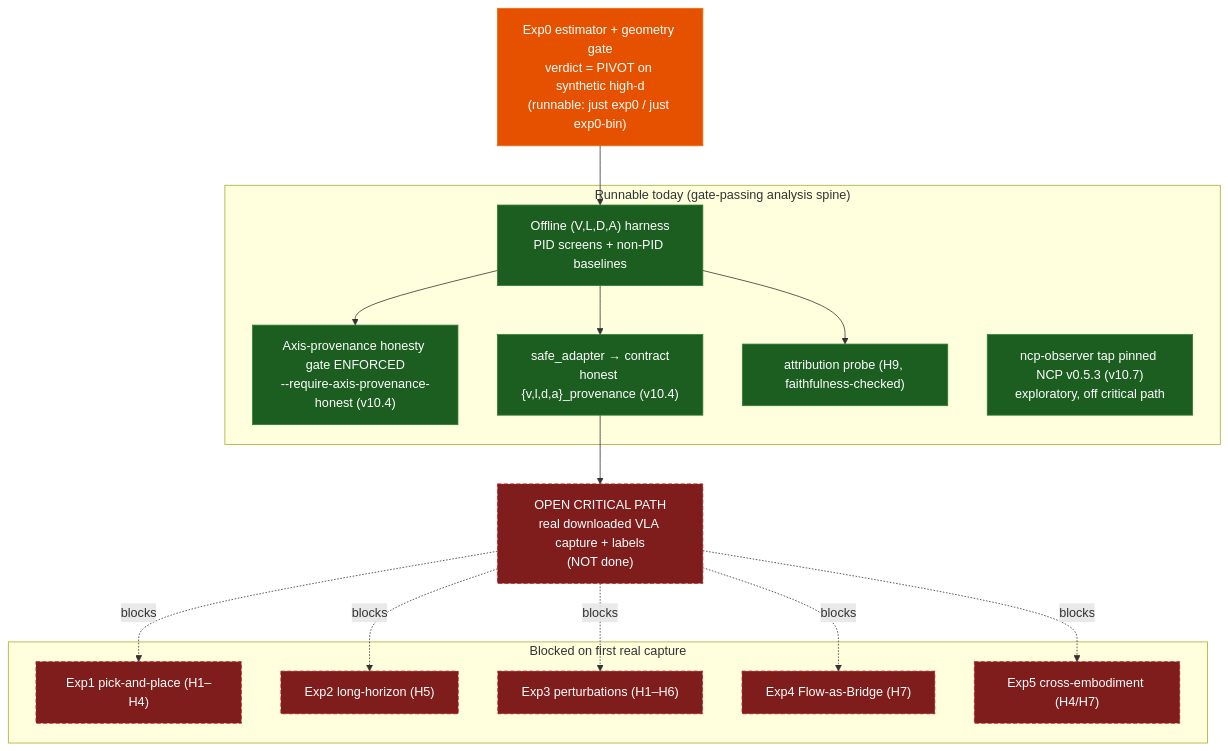
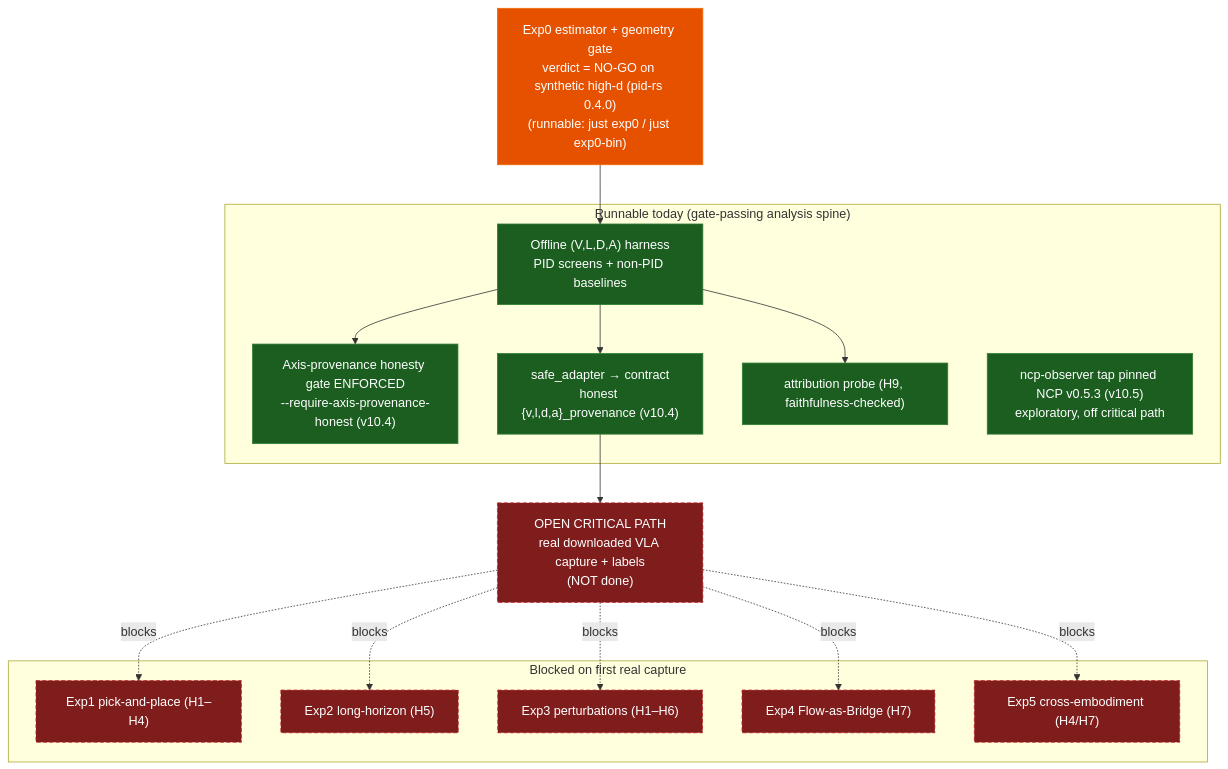
One commit to sepahead/prisoma changed the first of 18 diagrams in DIAGRAMS.md. Above: the diagram before and after it, drawn with Mermaid. The commit also changed other lines of this file and 10 other files, not shown here.

````diff
--- a/DIAGRAMS.md
+++ b/DIAGRAMS.md
@@ -22,33 +22,33 @@
 ```mermaid
 flowchart TD
     classDef run fill:#1b5e20,stroke:#2e7d32,color:#fff;
     classDef gate fill:#e65100,stroke:#ef6c00,color:#fff;
     classDef blocked fill:#7f1d1d,stroke:#b71c1c,color:#fff,stroke-dasharray:5 3;
 
-    Exp0["Exp0 estimator + geometry gate<br/>verdict = PIVOT on synthetic high-d<br/>(runnable: just exp0 / just exp0-bin)"]:::gate
+    Exp0["Exp0 estimator + geometry gate<br/>verdict = NO-GO on synthetic high-d (pid-rs 0.4.0)<br/>(runnable: just exp0 / just exp0-bin)"]:::gate
 
     subgraph Today["Runnable today (gate-passing analysis spine)"]
         Harness["Offline (V,L,D,A) harness<br/>PID screens + non-PID baselines"]:::run
         ProvGate["Axis-provenance honesty gate ENFORCED<br/>--require-axis-provenance-honest (v10.4)"]:::run
         Adapter["safe_adapter → contract<br/>honest {v,l,d,a}_provenance (v10.4)"]:::run
         Attr["attribution probe (H9, faithfulness-checked)"]:::run
-        Obs["ncp-observer tap pinned NCP v0.5.3 (v10.7)<br/>exploratory, off critical path"]:::run
+        Obs["ncp-observer tap pinned NCP v0.5.3 (v10.5)<br/>exploratory, off critical path"]:::run
     end
 
     Capture["OPEN CRITICAL PATH<br/>real downloaded VLA capture + labels<br/>(NOT done)"]:::blocked
 
     subgraph Blocked["Blocked on first real capture"]
         E1["Exp1 pick-and-place (H1–H4)"]:::blocked
         E2["Exp2 long-horizon (H5)"]:::blocked
         E3["Exp3 perturbations (H1–H6)"]:::blocked
         E4["Exp4 Flow-as-Bridge (H7)"]:::blocked
         E5["Exp5 cross-embodiment (H4/H7)"]:::blocked
     end
 
     Exp0 --> Harness
     Harness --> ProvGate
     Harness --> Adapter
     Harness --> Attr
     Adapter --> Capture
     Capture -. blocks .-> E1 & E2 & E3 & E4 & E5
 ```
````
